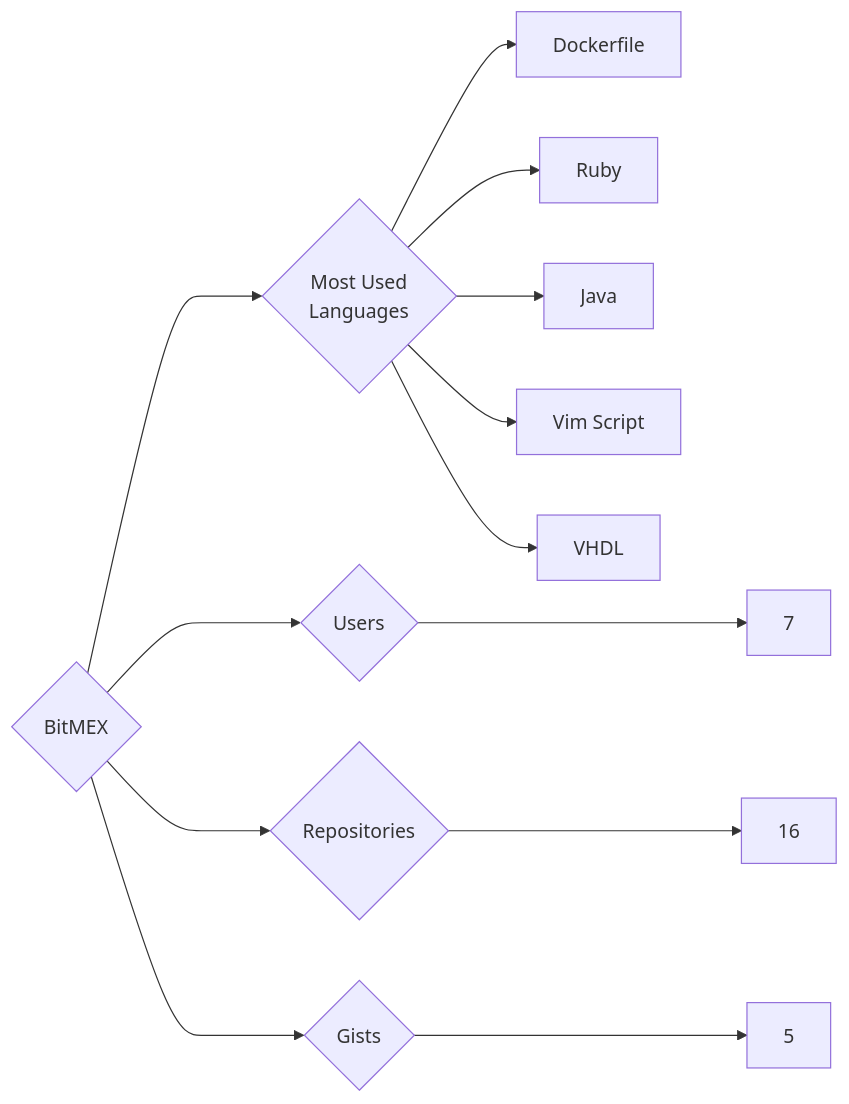
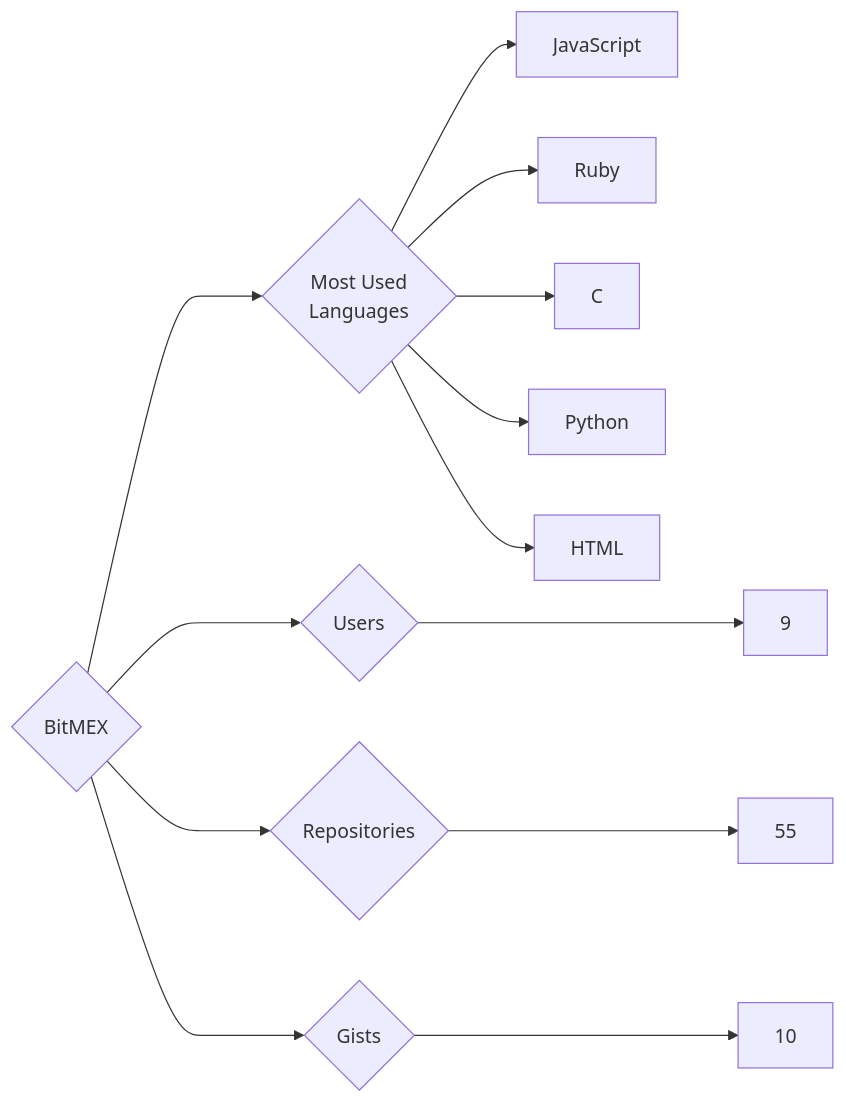
Before and after one commit to trickest/insiders: the diagram in targets/BitMEX/README.md, drawn with Mermaid. The commit also changed 682 other files, not shown here.

````diff
--- a/targets/BitMEX/README.md
+++ b/targets/BitMEX/README.md
@@ -3,13 +3,13 @@
 ```mermaid
 graph LR
 COMPANY_NAME{BitMEX}
-COMPANY_NAME ---> U{Users} ---> UN[7]
-COMPANY_NAME ---> R{Repositories} ---> RN[16]
-COMPANY_NAME ---> G{Gists} ---> GN[5]
+COMPANY_NAME ---> U{Users} ---> UN[9]
+COMPANY_NAME ---> R{Repositories} ---> RN[55]
+COMPANY_NAME ---> G{Gists} ---> GN[10]
 COMPANY_NAME ---> ML{Most Used<br>Languages}
-ML --> Dockerfile[Dockerfile]
+ML --> JavaScript[JavaScript]
 ML --> Ruby[Ruby]
-ML --> Java[Java]
-ML --> Vim_Script[Vim Script]
-ML --> VHDL[VHDL]
+ML --> C[C]
+ML --> Python[Python]
+ML --> HTML[HTML]
 ```
````
